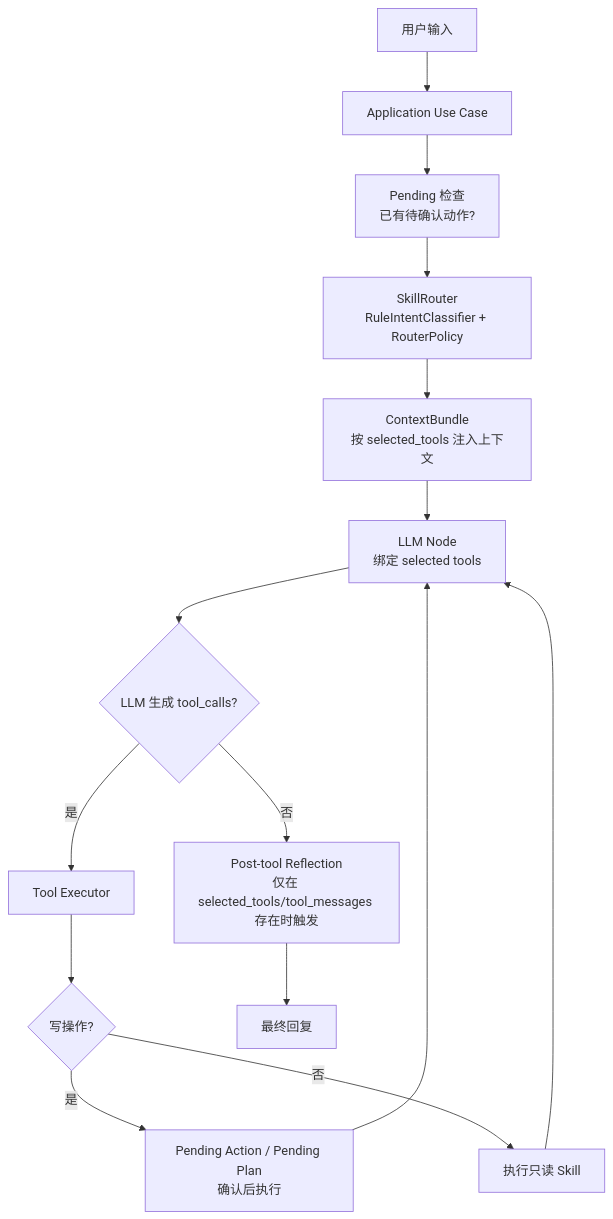
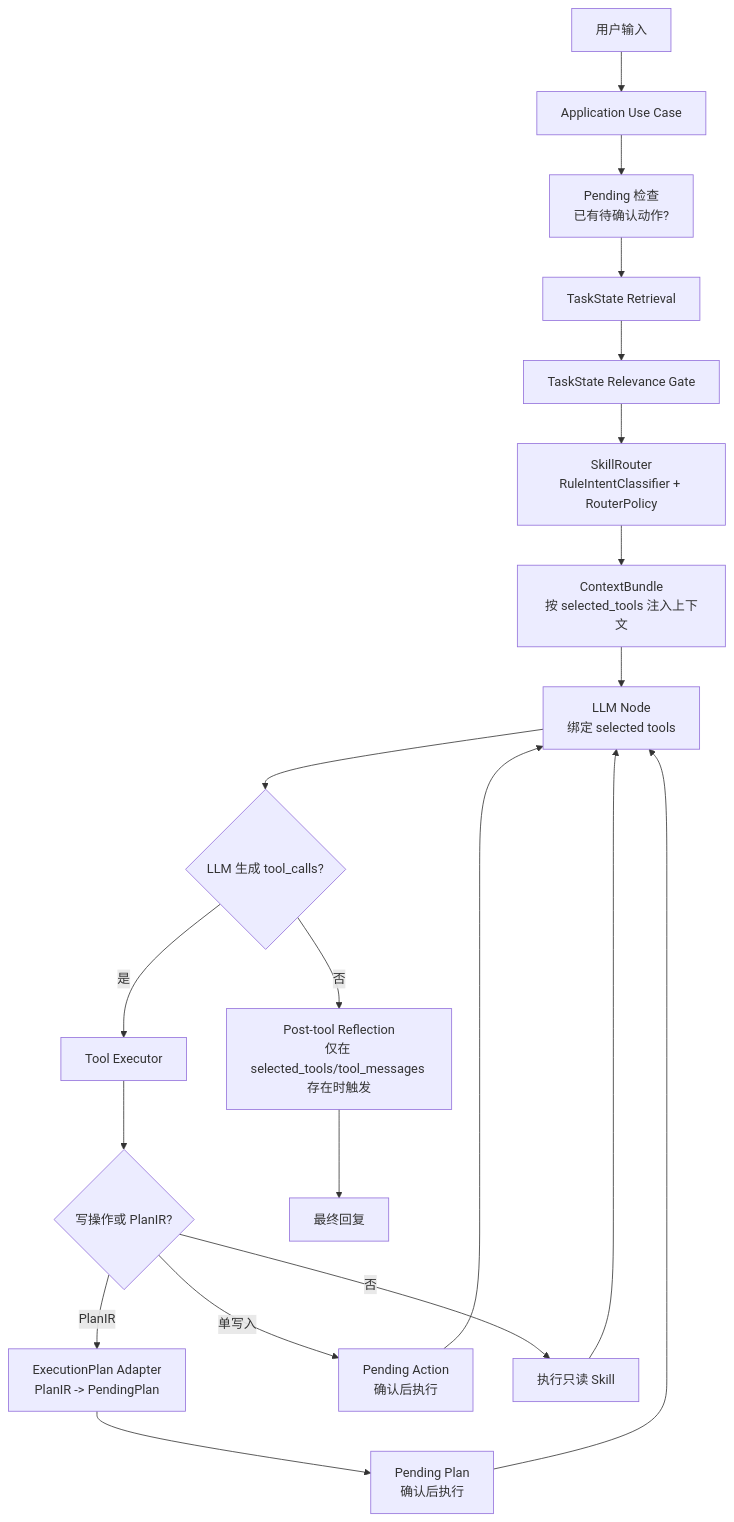
The first of 21 diagrams in docs/farm-manager-design-spec/01_正式设计/13_Agent范式规范化设计.md (ArtLjn/agriagent-os), drawn with Mermaid before and after one commit. The commit also changed other lines of this file and 133 other files, not shown here.

````diff
--- a/docs/farm-manager-design-spec/01_正式设计/13_Agent范式规范化设计.md
+++ b/docs/farm-manager-design-spec/01_正式设计/13_Agent范式规范化设计.md
@@ -29,17 +31,22 @@
 ```mermaid
 flowchart TD
     U["用户输入"] --> UC["Application Use Case"]
     UC --> P0["Pending 检查<br/>已有待确认动作?"]
-    P0 --> R["SkillRouter<br/>RuleIntentClassifier + RouterPolicy"]
+    P0 --> TS["TaskState Retrieval"]
+    TS --> TG["TaskState Relevance Gate"]
+    TG --> R["SkillRouter<br/>RuleIntentClassifier + RouterPolicy"]
     R --> C["ContextBundle<br/>按 selected_tools 注入上下文"]
     C --> L["LLM Node<br/>绑定 selected tools"]
     L --> H{"LLM 生成 tool_calls?"}
     H -->|是| T["Tool Executor"]
     H -->|否| FR["Post-tool Reflection<br/>仅在 selected_tools/tool_messages 存在时触发"]
-    T --> W{"写操作?"}
-    W -->|是| PA["Pending Action / Pending Plan<br/>确认后执行"]
+    T --> W{"写操作或 PlanIR?"}
+    W -->|PlanIR| EP["ExecutionPlan Adapter<br/>PlanIR -> PendingPlan"]
+    W -->|单写入| PA["Pending Action<br/>确认后执行"]
+    EP --> PA2["Pending Plan<br/>确认后执行"]
     W -->|否| RT["执行只读 Skill"]
     PA --> L
+    PA2 --> L
     RT --> L
     FR --> O["最终回复"]
 ```
````
